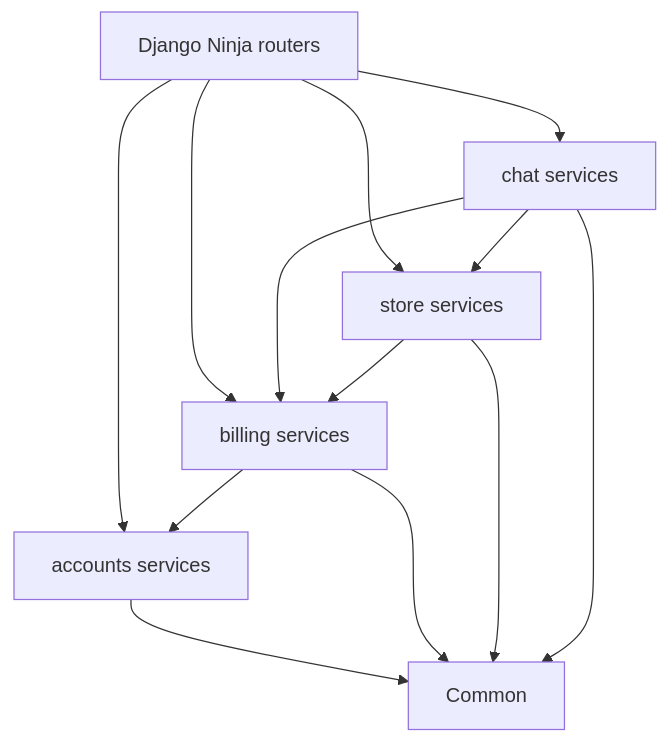
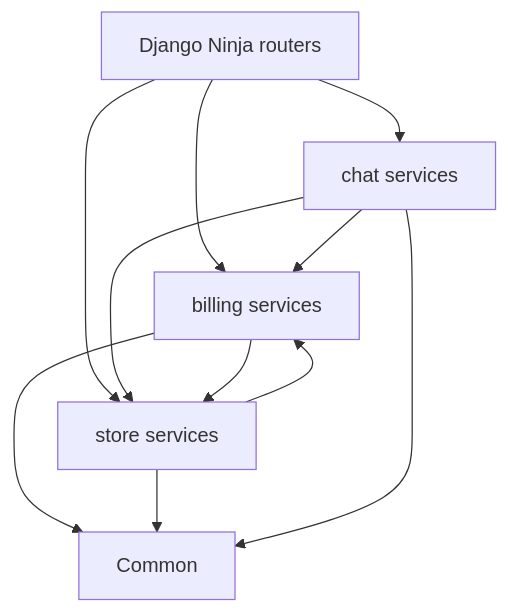
The second of 8 diagrams in _docs/architecture.md (aji-pratama/woocs), drawn with Mermaid before and after one commit. The commit also changed other lines of this file and 37 other files, not shown here.

Commit message:
feat: implement subscription-based access control via new billing module and integrate with existing store and chat services.

````diff
--- a/_docs/architecture.md
+++ b/_docs/architecture.md
@@ -94,17 +91,14 @@
 ```mermaid
 flowchart TD
-    API["Django Ninja routers"] --> Accounts["accounts services"]
-    API --> Billing["billing services"]
+    API["Django Ninja routers"] --> Billing["billing services"]
     API --> Store["store services"]
     API --> Chat["chat services"]
 
     Chat --> Store
     Chat --> Billing
     Store --> Billing
-    Billing --> Accounts
-
-    Accounts --> Common
+    Billing --> Store
     Billing --> Common
     Store --> Common
     Chat --> Common
 ```
````
